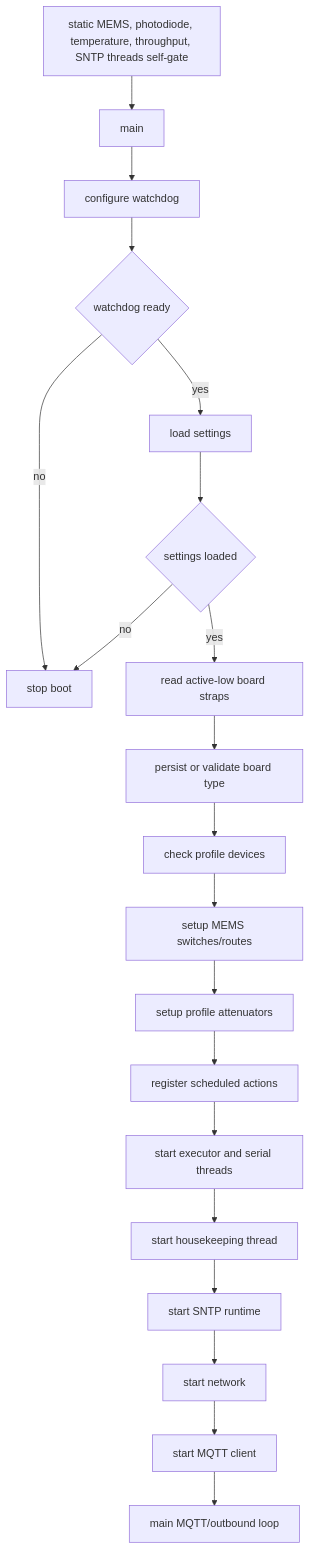
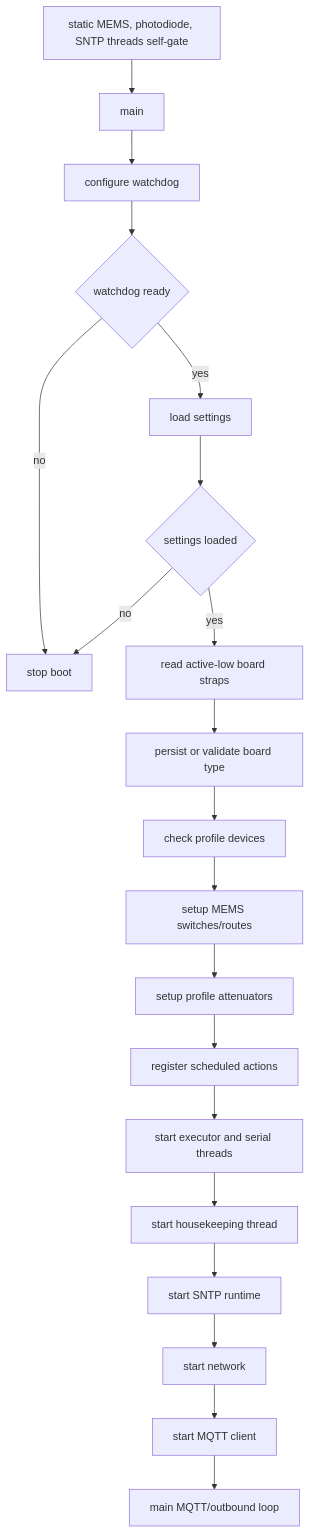
Before and after one commit to COO-Utilities/hispec-tib: the second of 22 diagrams in doc/diagrams.md, drawn with Mermaid. The commit also changed other lines of this file and 8 other files, not shown here.

````diff
--- a/doc/diagrams.md
+++ b/doc/diagrams.md
@@ -39,22 +39,22 @@
 ```mermaid
 flowchart TD
-  Static[static MEMS, photodiode, temperature, throughput, SNTP threads self-gate] --> Start[main]
+  Static[static MEMS, photodiode, SNTP threads self-gate] --> Start[main]
   Start --> Watchdog[configure watchdog]
   Watchdog --> WdogOK{watchdog ready}
   WdogOK -- no --> Stop[stop boot]
   WdogOK -- yes --> Load[load settings]
   Load --> SettingsOK{settings loaded}
   SettingsOK -- no --> Stop
   SettingsOK -- yes --> Straps[read active-low board straps]
   Straps --> PersistBoard[persist or validate board type]
   PersistBoard --> DevicesReady[check profile devices]
   DevicesReady --> Router[setup MEMS switches/routes]
   Router --> Attens[setup profile attenuators]
   Attens --> Runtime[register scheduled actions]
   Runtime --> Threads[start executor and serial threads]
   Threads --> Housekeeping[start housekeeping thread]
   Housekeeping --> SNTP[start SNTP runtime]
   SNTP --> Network[start network]
   Network --> MQTTInit[start MQTT client]
   MQTTInit --> Loop[main MQTT/outbound loop]
 ```
````
